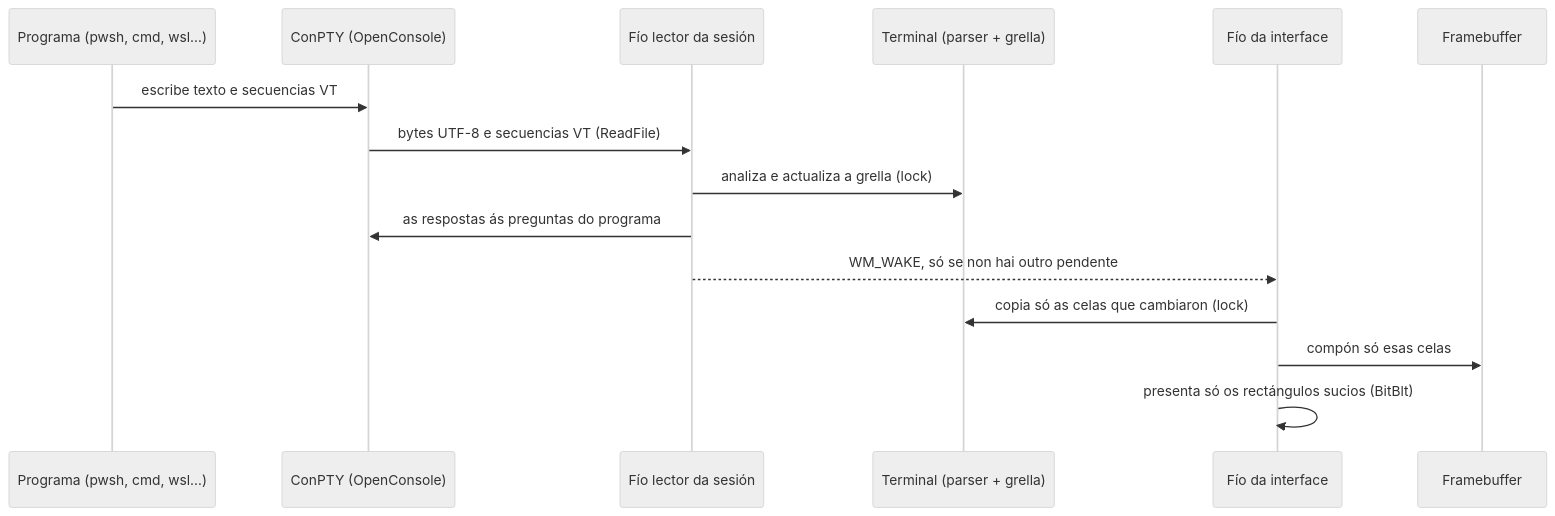
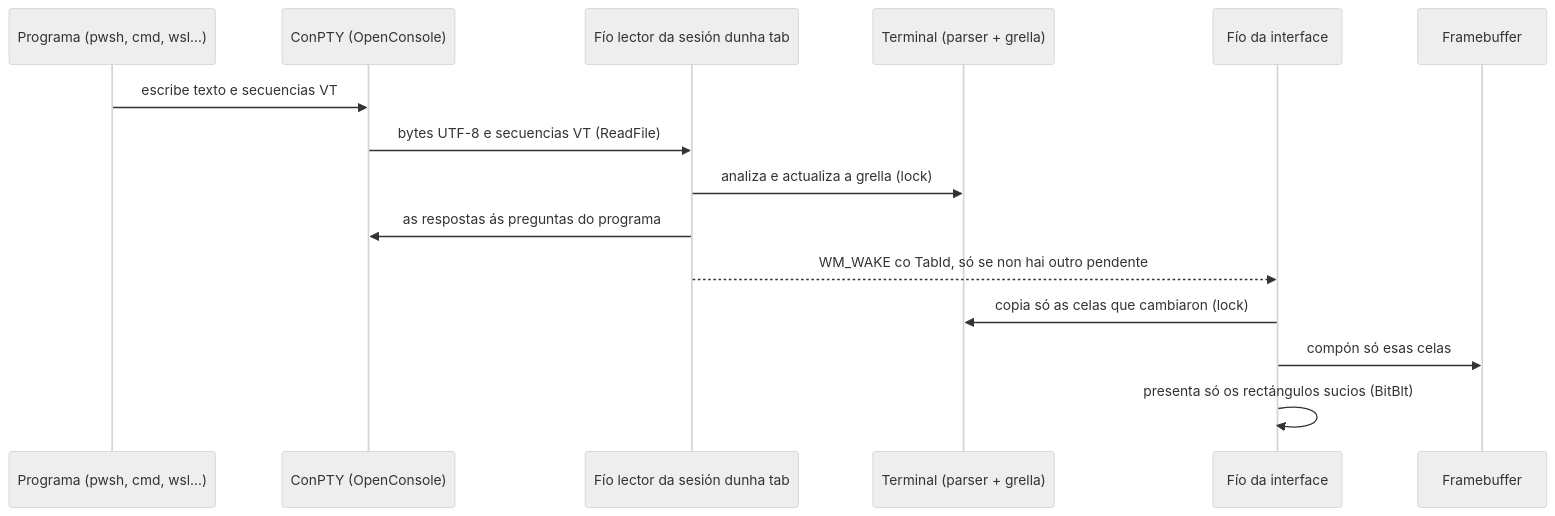
The second of 15 diagrams in docs/arquitectura.md (NewHouses/meiga), drawn with Mermaid (neutral theme) before and after one commit. The commit also changed other lines of this file and 33 other files, not shown here.

````diff
--- a/docs/arquitectura.md
+++ b/docs/arquitectura.md
@@ -56,17 +56,17 @@
 ```mermaid
 sequenceDiagram
     participant S as Programa (pwsh, cmd, wsl…)
     participant P as ConPTY (OpenConsole)
-    participant L as Fío lector da sesión
+    participant L as Fío lector da sesión dunha tab
     participant T as Terminal (parser + grella)
     participant U as Fío da interface
     participant F as Framebuffer
     S->>P: escribe texto e secuencias VT
     P->>L: bytes UTF-8 e secuencias VT (ReadFile)
     L->>T: analiza e actualiza a grella (lock)
     L->>P: as respostas ás preguntas do programa
-    L-->>U: WM_WAKE, só se non hai outro pendente
+    L-->>U: WM_WAKE co TabId, só se non hai outro pendente
     U->>T: copia só as celas que cambiaron (lock)
     U->>F: compón só esas celas
     U->>U: presenta só os rectángulos sucios (BitBlt)
 ```
````
